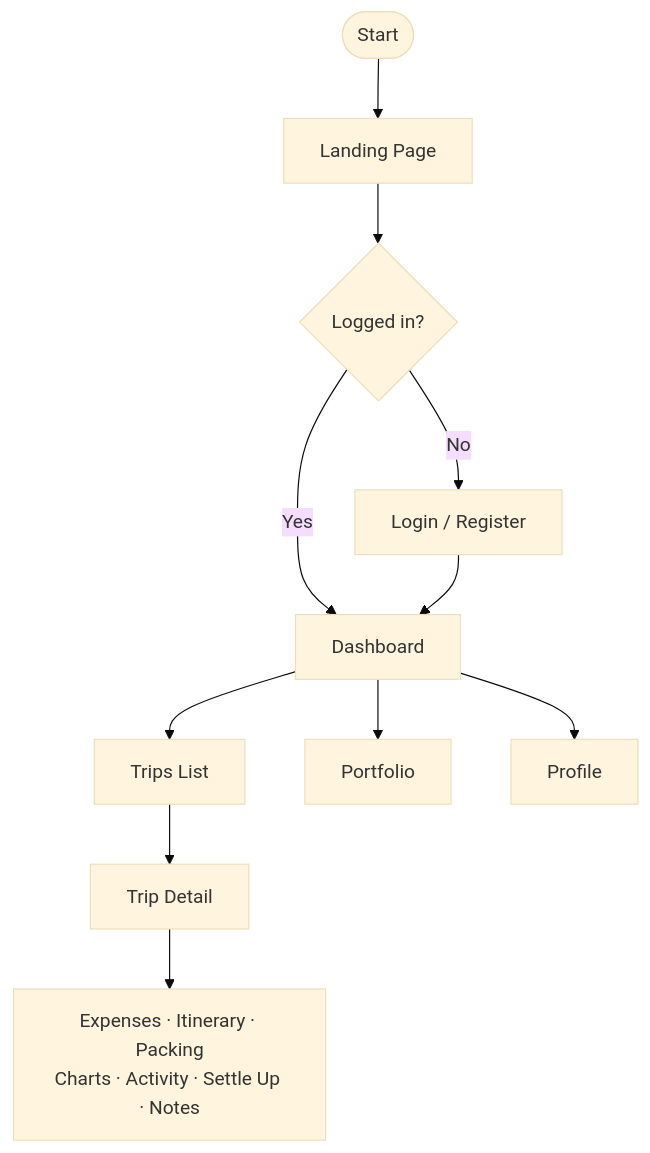
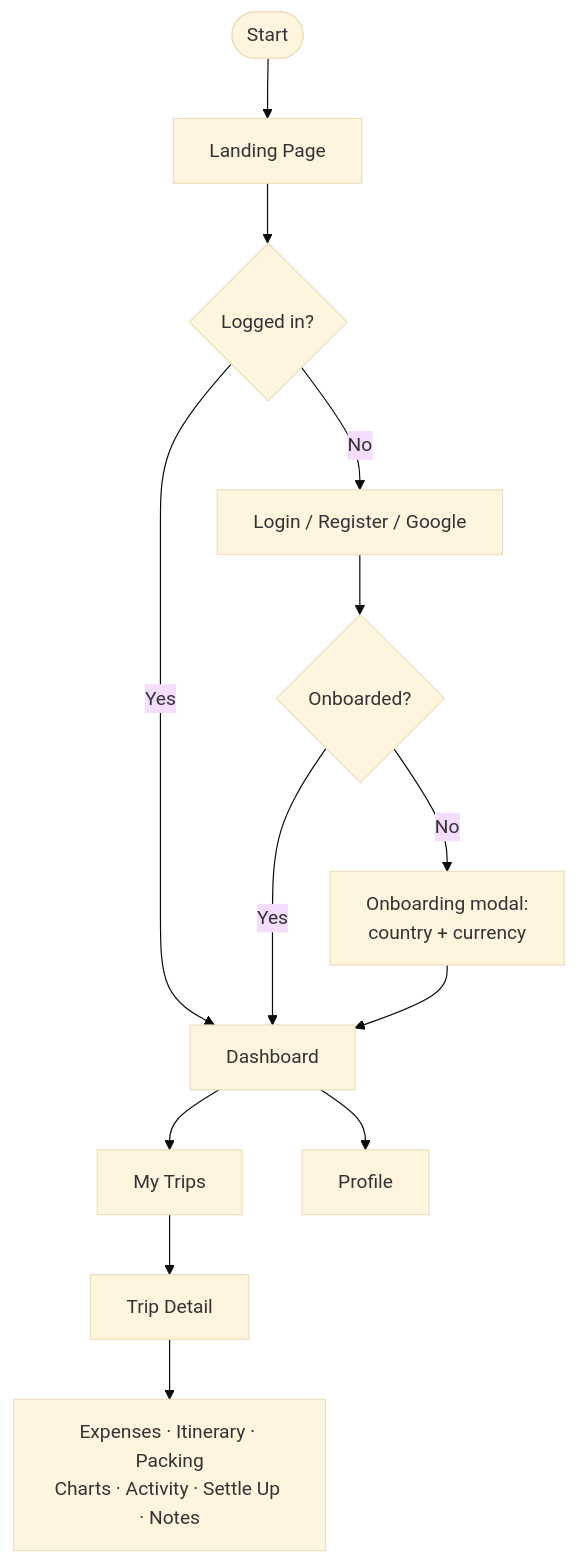
Before and after one commit to snsyaqirah/snsyaqirah.github.io: the fourth of 16 diagrams in portfolio-react/public/docs/travelluhh.md, drawn with Mermaid (base theme). The commit also changed other lines of this file and 101 other files, not shown here.

````diff
--- a/portfolio-react/public/docs/travelluhh.md
+++ b/portfolio-react/public/docs/travelluhh.md
@@ -151,13 +161,15 @@
 ```mermaid
 flowchart TD
     A([Start]) --> B[Landing Page]
     B --> C{Logged in?}
-    C -->|No| D[Login / Register]
+    C -->|No| D[Login / Register / Google]
     C -->|Yes| E[Dashboard]
-    D --> E
-    E --> F[Trips List]
+    D --> OB{Onboarded?}
+    OB -->|No| OM[Onboarding modal:<br/>country + currency]
+    OB -->|Yes| E
+    OM --> E
+    E --> F[My Trips]
     F --> G[Trip Detail]
-    G --> H[Expenses · Itinerary · Packing\nCharts · Activity · Settle Up · Notes]
-    E --> I[Portfolio]
+    G --> H[Expenses · Itinerary · Packing<br/>Charts · Activity · Settle Up · Notes]
     E --> J[Profile]
 ```
````
